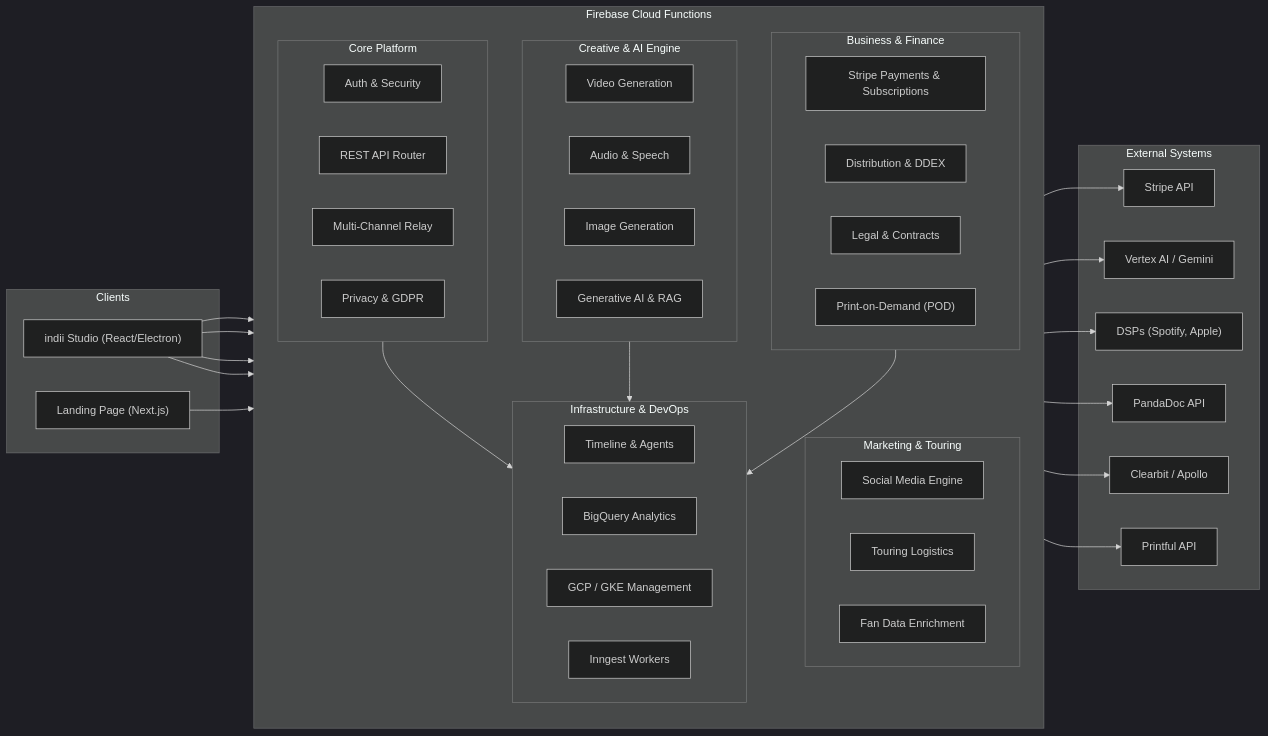
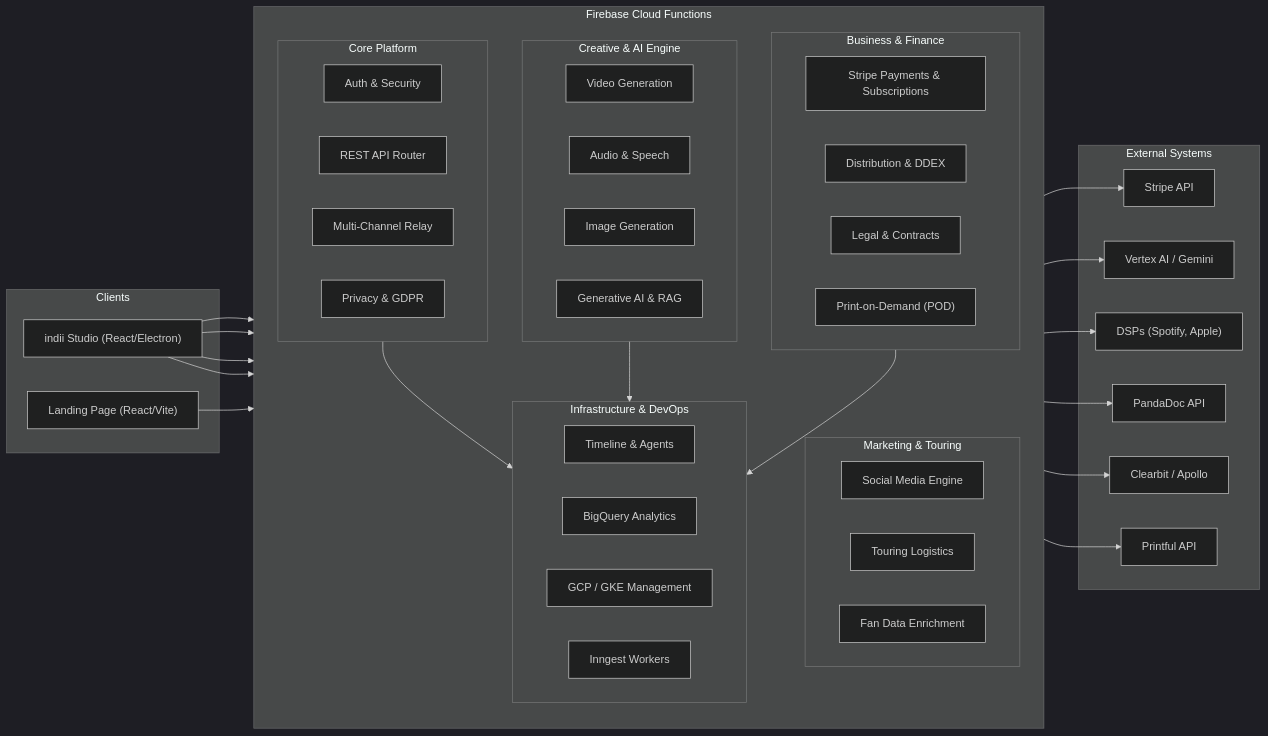
The first of 2 diagrams in docs/flowcharts/api_endpoints.md (indii-music-founder/indii-music-founder), drawn with Mermaid (dark theme) before and after one commit. The commit also changed other lines of this file and 6 other files, not shown here.

````diff
--- a/docs/flowcharts/api_endpoints.md
+++ b/docs/flowcharts/api_endpoints.md
@@ -9,72 +9,72 @@
 ```mermaid
 graph LR
     subgraph Clients
         Studio["indii Studio (React/Electron)"]
-        Landing["Landing Page (Next.js)"]
+        Landing["Landing Page (React/Vite)"]
     end
 
     subgraph Firebase Cloud Functions
         direction TB
 
         subgraph CorePlatform [Core Platform]
             Auth["Auth & Security"]
             API["REST API Router"]
             Relay["Multi-Channel Relay"]
             Privacy["Privacy & GDPR"]
         end
 
         subgraph CreativeAI [Creative & AI Engine]
             Video["Video Generation"]
             Audio["Audio & Speech"]
             Image["Image Generation"]
             RAG["Generative AI & RAG"]
         end
 
         subgraph BusinessEngine [Business & Finance]
             Stripe["Stripe Payments & Subscriptions"]
             Dist["Distribution & DDEX"]
             Legal["Legal & Contracts"]
             Printful["Print-on-Demand (POD)"]
         end
 
         subgraph MarketingTouring [Marketing & Touring]
             Social["Social Media Engine"]
             Touring["Touring Logistics"]
             Fans["Fan Data Enrichment"]
         end
 
         subgraph Infrastructure [Infrastructure & DevOps]
             Orchestration["Timeline & Agents"]
             BQ["BigQuery Analytics"]
             GCP["GCP / GKE Management"]
             Inngest["Inngest Workers"]
         end
     end
 
     subgraph External Systems
         StripeAPI["Stripe API"]
         Vertex["Vertex AI / Gemini"]
         DDEX["DSPs (Spotify, Apple)"]
         PandaDoc["PandaDoc API"]
         Clearbit["Clearbit / Apollo"]
         PrintfulAPI["Printful API"]
     end
 
     Studio --> CorePlatform
     Studio --> CreativeAI
     Studio --> BusinessEngine
     Studio --> MarketingTouring
     Landing --> CorePlatform
 
     CorePlatform --> Infrastructure
     CreativeAI --> Infrastructure
     BusinessEngine --> Infrastructure
 
     CreativeAI --> Vertex
     BusinessEngine --> StripeAPI
     BusinessEngine --> DDEX
     BusinessEngine --> PandaDoc
     BusinessEngine --> PrintfulAPI
     MarketingTouring --> Clearbit
 
 ```
````
